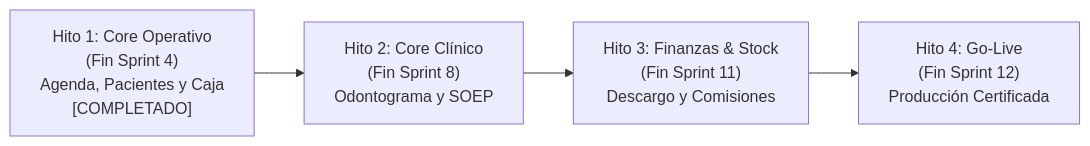
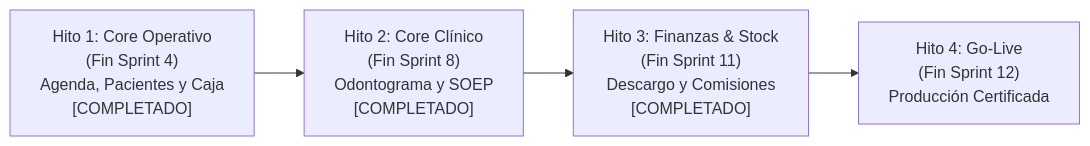
The diagram in PLAN_DE_IMPLEMENTACION.md (ginobermudez76/Software-Odontologico), drawn with Mermaid before and after one commit. The commit also changed other lines of this file and 31 other files, not shown here.

````diff
--- a/PLAN_DE_IMPLEMENTACION.md
+++ b/PLAN_DE_IMPLEMENTACION.md
@@ -31,11 +31,11 @@
 ```mermaid
 flowchart LR
     M1["Hito 1: Core Operativo\n(Fin Sprint 4)\nAgenda, Pacientes y Caja\n[COMPLETADO]"]
-    M2["Hito 2: Core Clínico\n(Fin Sprint 8)\nOdontograma y SOEP"]
-    M3["Hito 3: Finanzas & Stock\n(Fin Sprint 11)\nDescargo y Comisiones"]
+    M2["Hito 2: Core Clínico\n(Fin Sprint 8)\nOdontograma y SOEP\n[COMPLETADO]"]
+    M3["Hito 3: Finanzas & Stock\n(Fin Sprint 11)\nDescargo y Comisiones\n[COMPLETADO]"]
     M4["Hito 4: Go-Live\n(Fin Sprint 12)\nProducción Certificada"]
 
     M1 --> M2
     M2 --> M3
     M3 --> M4
 ```
````
